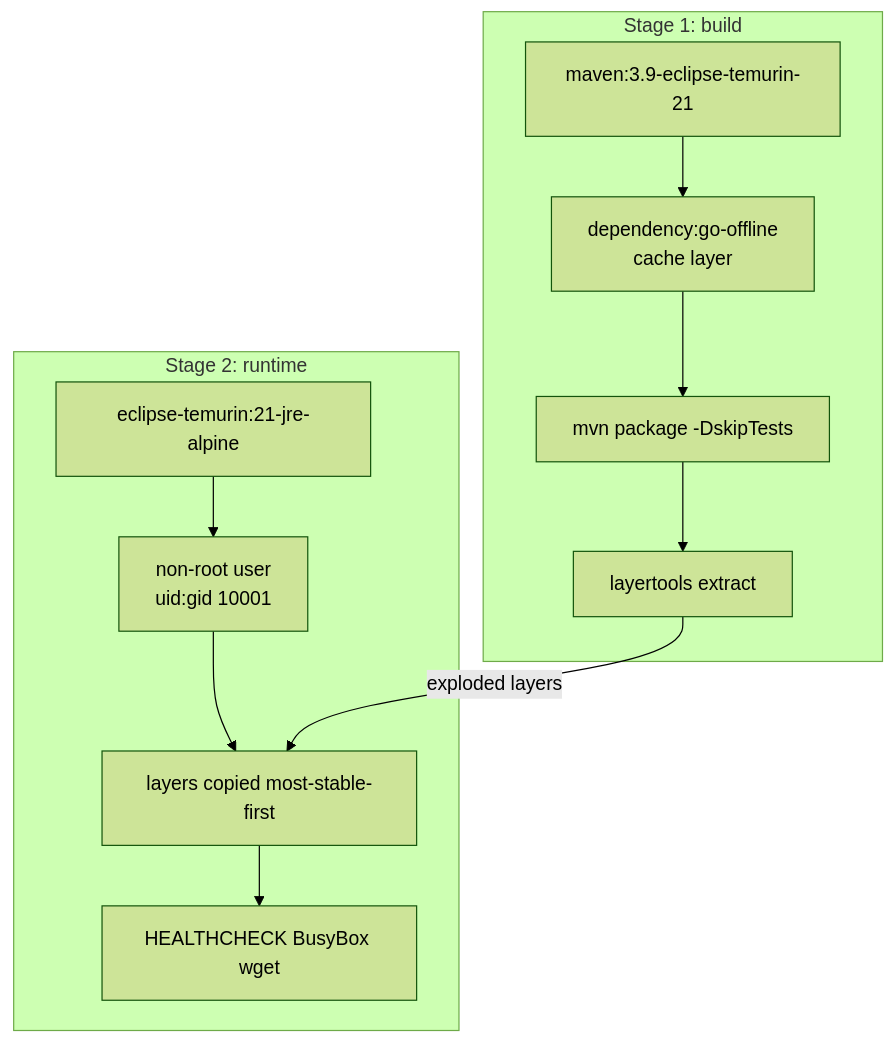
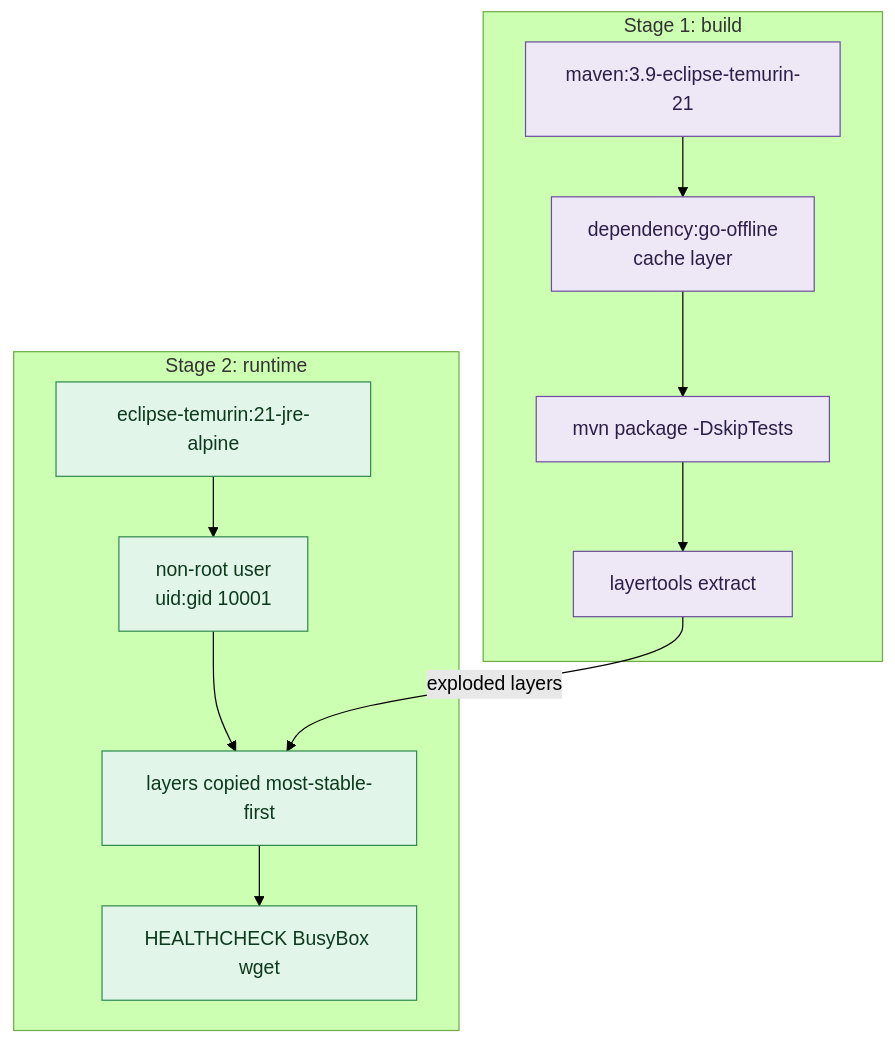
Before and after one commit to toresoft/sign-verify: the first of 3 diagrams in docs/en/02-docker.md, drawn with Mermaid (forest theme). The commit also changed other lines of this file and 23 other files, not shown here.

First line of the commit message:
docs: expand EN/IT guides with glossary and component-map diagram

````diff
--- a/docs/en/02-docker.md
+++ b/docs/en/02-docker.md
@@ -18,14 +18,19 @@
 ```mermaid
 flowchart TB
     subgraph build[Stage 1: build]
         M[maven:3.9-eclipse-temurin-21] --> GO[dependency:go-offline\ncache layer]
         GO --> PKG[mvn package -DskipTests]
         PKG --> EX[layertools extract]
     end
     subgraph runtime[Stage 2: runtime]
         R[eclipse-temurin:21-jre-alpine] --> U[non-root user\nuid:gid 10001]
         U --> L[layers copied most-stable-first]
         L --> HC[HEALTHCHECK BusyBox wget]
     end
     EX -->|exploded layers| L
+
+    classDef build fill:#ede7f6,stroke:#6c4f9c,color:#2c1f47
+    classDef runtime fill:#e1f5e9,stroke:#2f8a4e,color:#0d3a1d
+    class M,GO,PKG,EX build
+    class R,U,L,HC runtime
 ```
````
